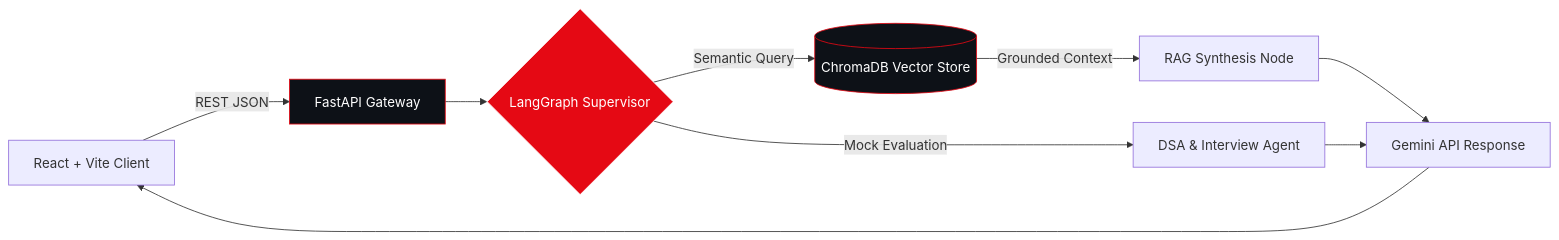
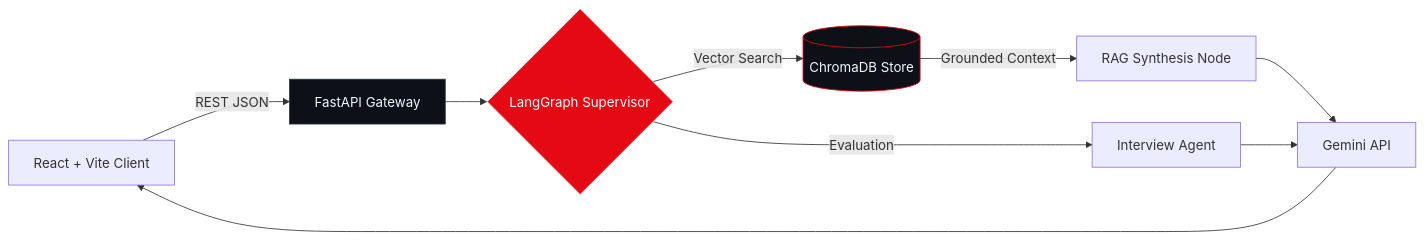
One commit to harsh24239/harsh24239 changed the diagram in README.md. Above: the diagram before and after it, drawn with Mermaid. The commit also changed other lines of this file, not shown here.

````diff
--- a/README.md
+++ b/README.md
@@ -137,14 +101,14 @@
 ```mermaid
 flowchart LR
     UI["React + Vite Client"] -->|REST JSON| API["FastAPI Gateway"]
     API --> SUP{"LangGraph Supervisor"}
-    SUP -->|Semantic Query| VDB[("ChromaDB Vector Store")]
+    SUP -->|Vector Search| VDB[("ChromaDB Store")]
     VDB -->|Grounded Context| RAG["RAG Synthesis Node"]
-    SUP -->|Mock Evaluation| INT["DSA & Interview Agent"]
-    RAG --> LLM["Gemini API Response"]
+    SUP -->|Evaluation| INT["Interview Agent"]
+    RAG --> LLM["Gemini API"]
     INT --> LLM
     LLM --> UI
-    style SUP fill:#E50914,stroke:#FFFFFF,color:#FFFFFF
-    style API fill:#0D1117,stroke:#E50914,color:#FFFFFF
-    style VDB fill:#0D1117,stroke:#E50914,color:#FFFFFF
+    style SUP fill:#E50914,stroke:#F0F6FC,color:#FFFFFF
+    style API fill:#0D1117,stroke:#30363D,color:#F0F6FC
+    style VDB fill:#0D1117,stroke:#E50914,color:#F0F6FC
 ```
````
